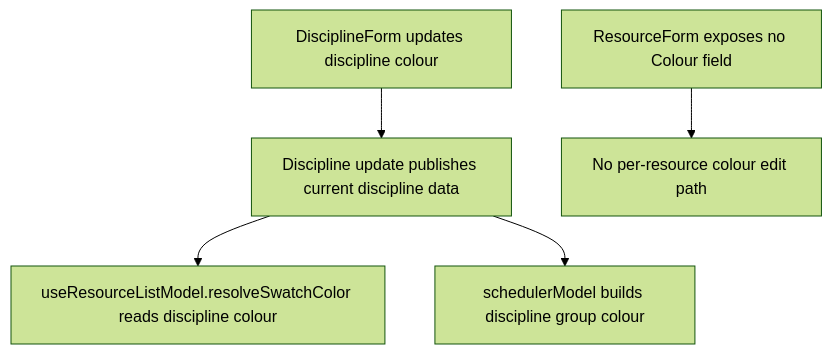
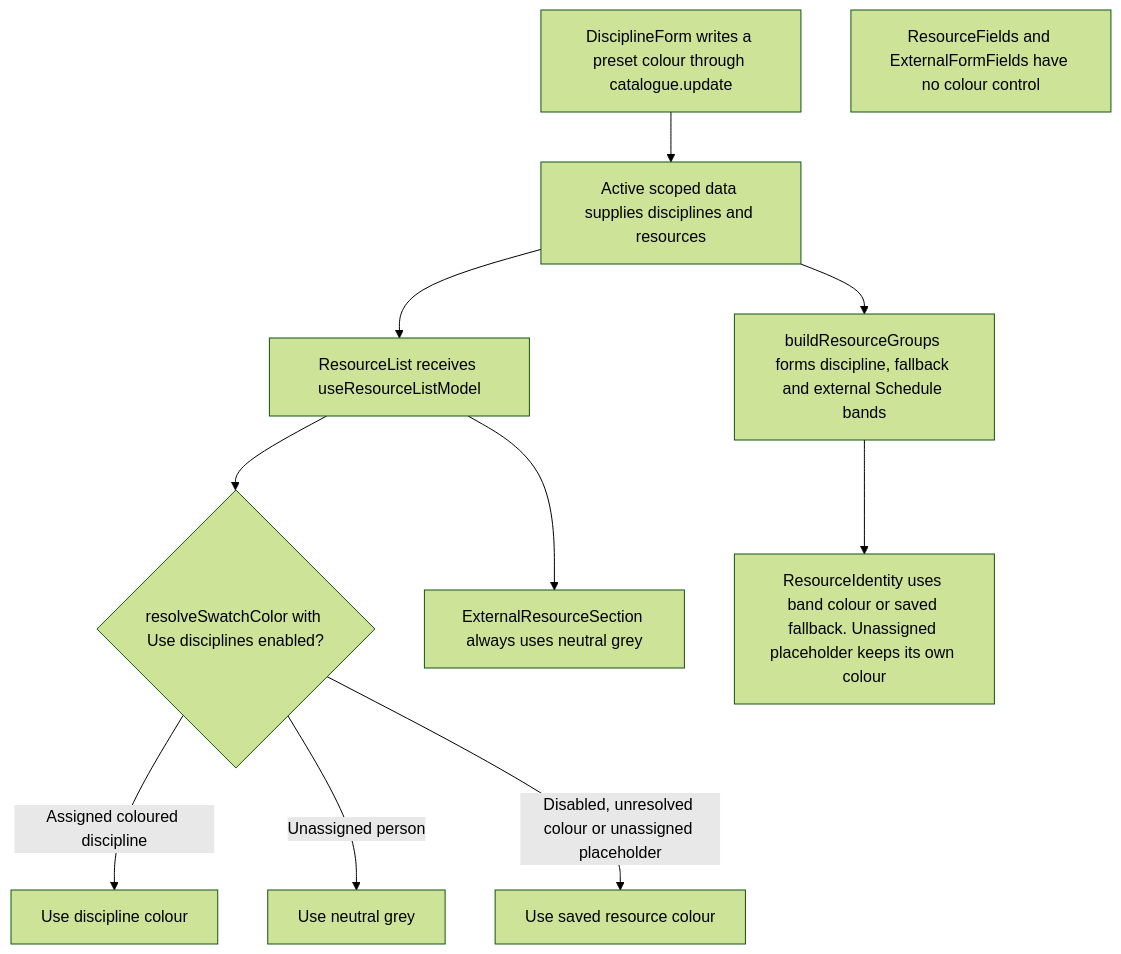
The second of 2 diagrams in user-stories/resources/US-RES-09-resource-colour.md (Kevinjohn/capacitylens), drawn with Mermaid (forest theme) before and after one commit. The commit also changed other lines of this file and 172 other files, not shown here.

Commit message:
docs: reconcile user story code flows with source

````diff
--- a/user-stories/resources/US-RES-09-resource-colour.md
+++ b/user-stories/resources/US-RES-09-resource-colour.md
@@ -26,7 +26,13 @@
 ```mermaid
 flowchart TD
-  A["DisciplineForm updates discipline colour"] --> B["Discipline update publishes current discipline data"]
-  B --> C["useResourceListModel.resolveSwatchColor reads discipline colour"]
-  B --> D["schedulerModel builds discipline group colour"]
-  E["ResourceForm exposes no Colour field"] --> F["No per-resource colour edit path"]
+  DATA["Active scoped data supplies disciplines and resources"] --> ROSTER["ResourceList receives useResourceListModel"]
+  ROSTER --> RESOLVE{"resolveSwatchColor with Use disciplines enabled?"}
+  RESOLVE -->|Assigned coloured discipline| DISCIPLINE["Use discipline colour"]
+  RESOLVE -->|Unassigned person| GREY["Use neutral grey"]
+  RESOLVE -->|Disabled, unresolved colour or unassigned placeholder| STORED["Use saved resource colour"]
+  ROSTER --> EXTERNAL["ExternalResourceSection always uses neutral grey"]
+  DATA --> SCHEDULE["buildResourceGroups forms discipline, fallback and external Schedule bands"]
+  SCHEDULE --> AVATAR["ResourceIdentity uses band colour or saved fallback. Unassigned placeholder keeps its own colour"]
+  EDIT["DisciplineForm writes a preset colour through catalogue.update"] --> DATA
+  FORM["ResourceFields and ExternalFormFields have no colour control"]
 ```
````
